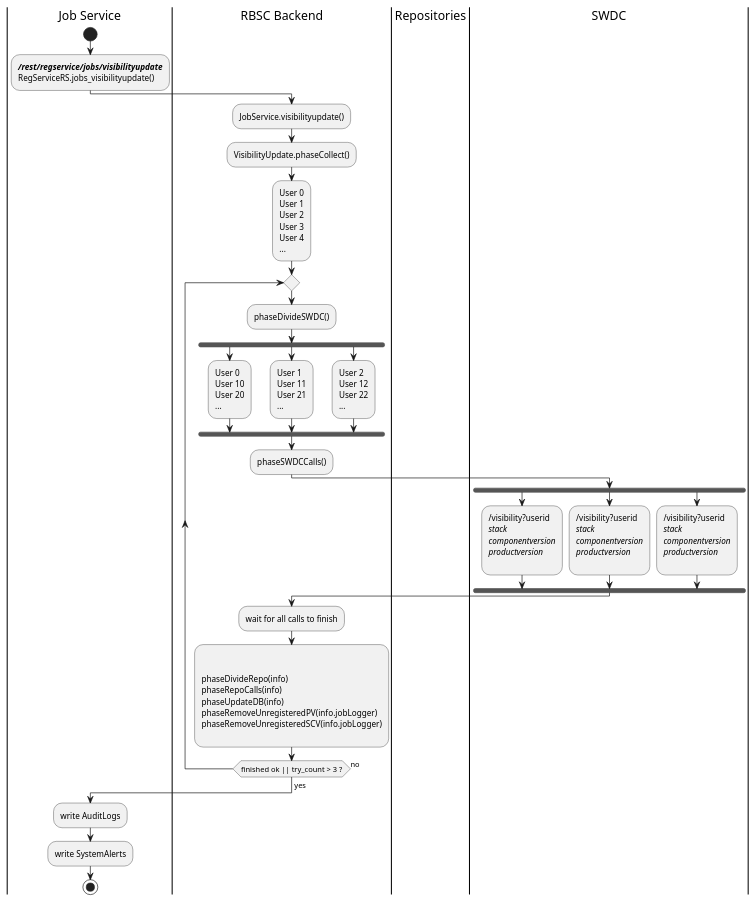
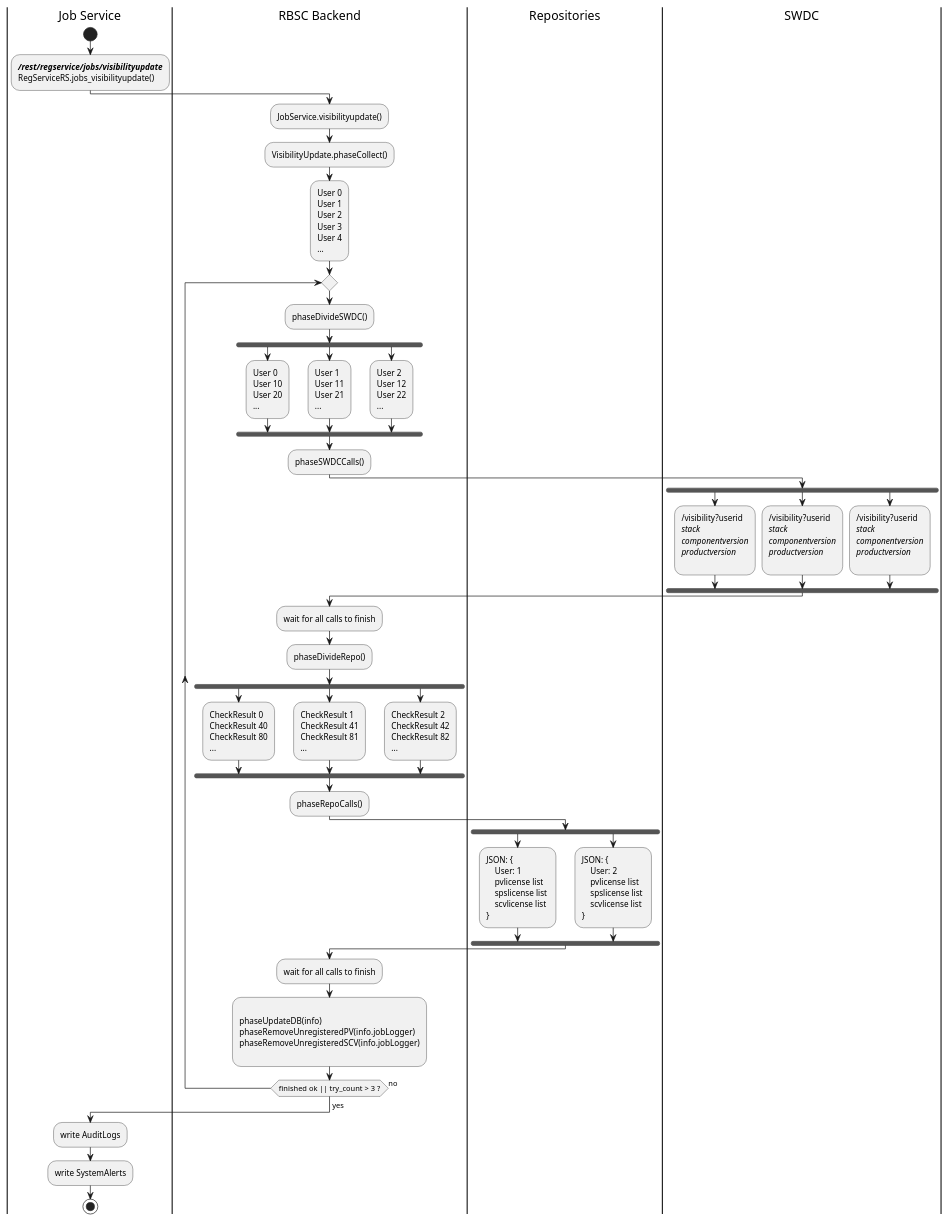
One commit to ClemensX/ShadedPath12 changed the diagram in README_ARCH.md. Above: the diagram before and after it, drawn with PlantUML.

```diff
--- a/README_ARCH.md
+++ b/README_ARCH.md
@@ -65,10 +65,43 @@
     end fork
     |RBSC Backend|
     :wait for all calls to finish;
+    :phaseDivideRepo();
+    fork
+        :CheckResult 0
+        CheckResult 40
+        CheckResult 80
+        ...;
+    fork again
+        :CheckResult 1
+        CheckResult 41
+        CheckResult 81
+        ...;
+    fork again
+        :CheckResult 2
+        CheckResult 42
+        CheckResult 82
+        ...;
+    end fork
+    :phaseRepoCalls();
+    |Repositories|
+    fork
+        :JSON: {
+            User: 1
+            pvlicense list
+            spslicense list 
+            scvlicense list
+        };
+    fork again
+        :JSON: {
+            User: 2
+            pvlicense list
+            spslicense list 
+            scvlicense list
+        };
+    end fork
+    |RBSC Backend|
+    :wait for all calls to finish;
         :
-				
-				phaseDivideRepo(info)
-				phaseRepoCalls(info)
 				phaseUpdateDB(info)
 				phaseRemoveUnregisteredPV(info.jobLogger)
 				phaseRemoveUnregisteredSCV(info.jobLogger)
```
